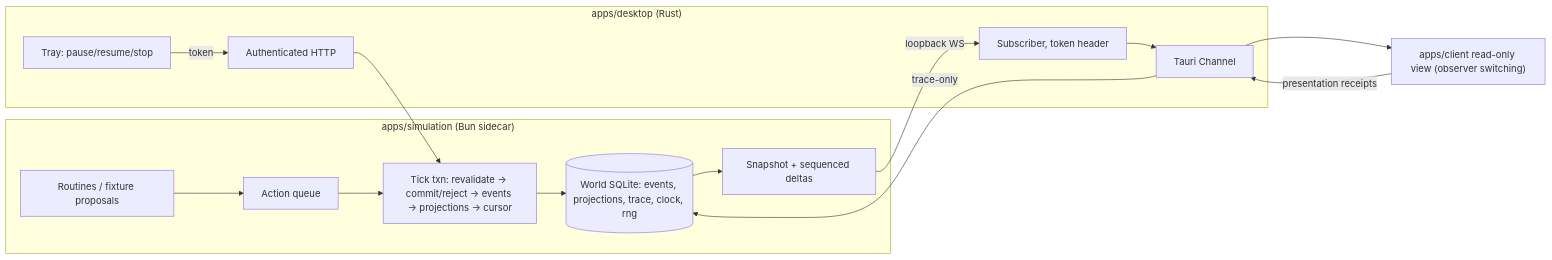
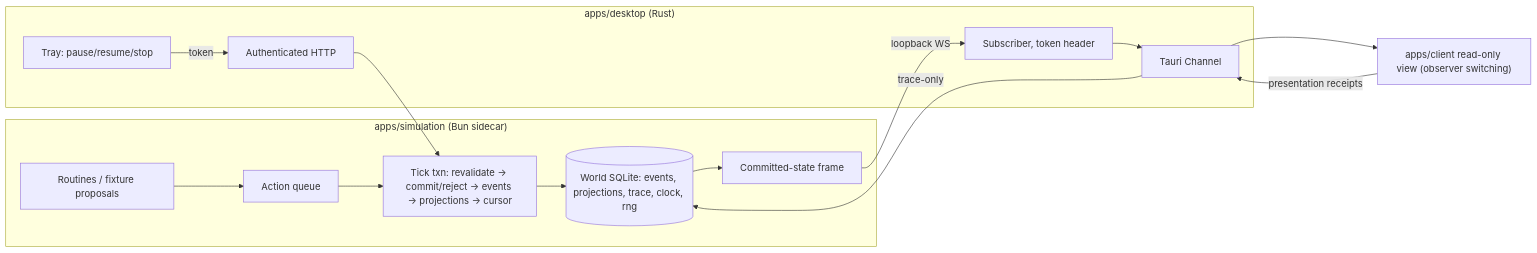
One commit to marcusrbrown/panthe.ai changed the first of 2 diagrams in docs/plans/2026-09-27-001-feat-m1-persistent-living-world-plan.md. Above: the diagram before and after it, drawn with Mermaid. The commit also changed other lines of this file, not shown here.

````diff
--- a/docs/plans/2026-09-27-001-feat-m1-persistent-living-world-plan.md
+++ b/docs/plans/2026-09-27-001-feat-m1-persistent-living-world-plan.md
@@ -225,18 +223,18 @@
 ```mermaid
 flowchart LR
   subgraph Sidecar["apps/simulation (Bun sidecar)"]
     R[Routines / fixture proposals] --> Q[Action queue]
     Q --> T["Tick txn: revalidate → commit/reject → events → projections → cursor"]
     T --> DB[(World SQLite: events, projections, trace, clock, rng)]
-    DB --> S[Snapshot + sequenced deltas]
+    DB --> S[Committed-state frame]
   end
   subgraph Shell["apps/desktop (Rust)"]
     Tray[Tray: pause/resume/stop] -->|token| API
     Sub[Subscriber, token header] --> Ch[Tauri Channel]
   end
   S -->|loopback WS| Sub
   API[Authenticated HTTP] --> T
   Ch --> V["apps/client read-only view (observer switching)"]
   V -->|presentation receipts| Ch
   Ch -->|trace-only| DB
 ```
````
